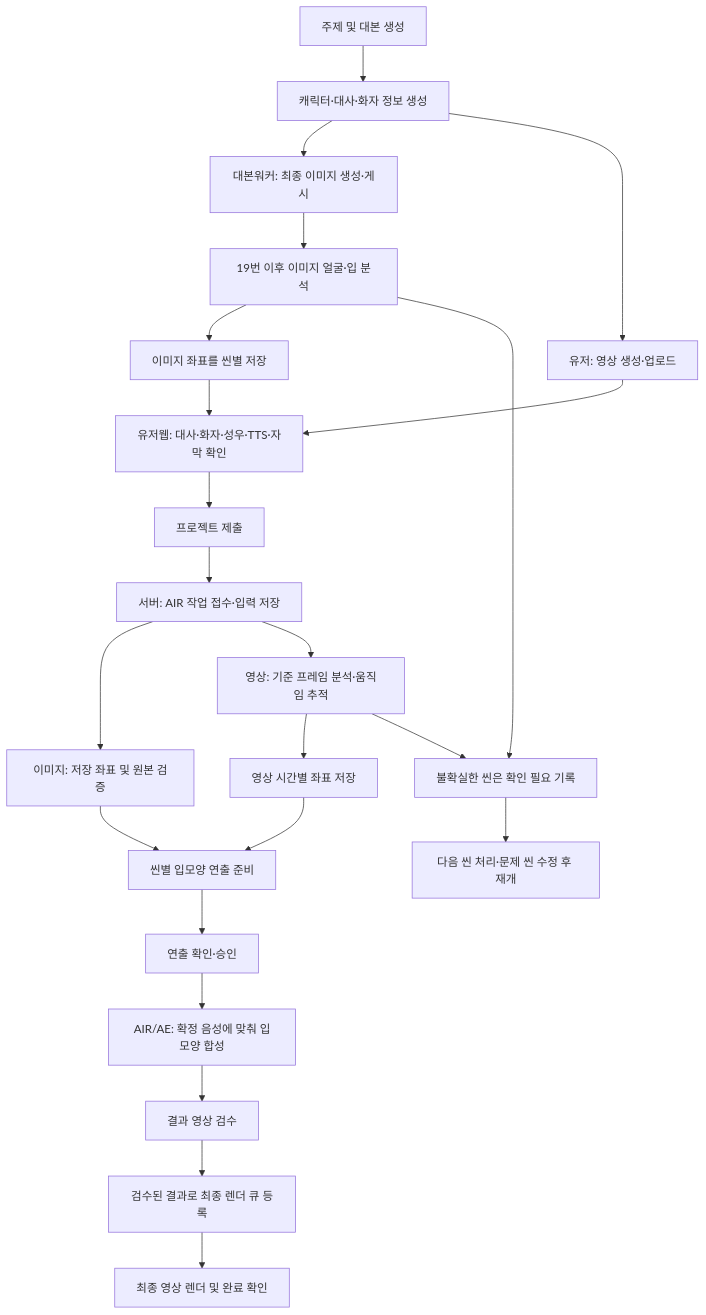
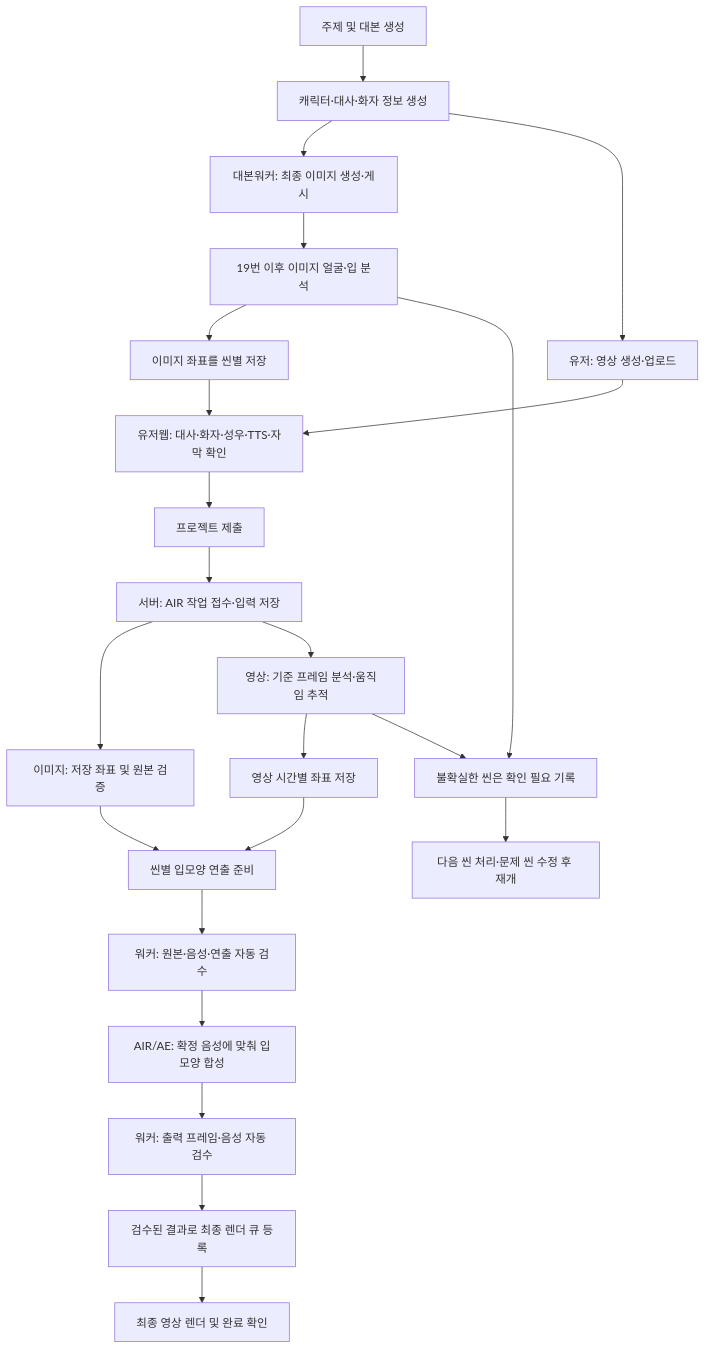
One commit to ibnetsoft/mytube changed the diagram in docs/AE_MOUTH_UNIFIED_WORKER_2026-10-09.md. Above: the diagram before and after it, drawn with Mermaid. The commit also changed other lines of this file and 15 other files, not shown here.

````diff
--- a/docs/AE_MOUTH_UNIFIED_WORKER_2026-10-09.md
+++ b/docs/AE_MOUTH_UNIFIED_WORKER_2026-10-09.md
@@ -25,25 +25,25 @@
 ```mermaid
 flowchart TD
     A[주제 및 대본 생성] --> B[캐릭터·대사·화자 정보 생성]
     B --> C[대본워커: 최종 이미지 생성·게시]
     C --> D[19번 이후 이미지 얼굴·입 분석]
     D --> E[이미지 좌표를 씬별 저장]
     B --> F[유저: 영상 생성·업로드]
     E --> G[유저웹: 대사·화자·성우·TTS·자막 확인]
     F --> G
     G --> H[프로젝트 제출]
     H --> I[서버: AIR 작업 접수·입력 저장]
     I --> J[이미지: 저장 좌표 및 원본 검증]
     I --> K[영상: 기준 프레임 분석·움직임 추적]
     K --> L[영상 시간별 좌표 저장]
     J --> M[씬별 입모양 연출 준비]
     L --> M
-    M --> N[연출 확인·승인]
+    M --> N[워커: 원본·음성·연출 자동 검수]
     N --> O[AIR/AE: 확정 음성에 맞춰 입모양 합성]
-    O --> P[결과 영상 검수]
+    O --> P[워커: 출력 프레임·음성 자동 검수]
     P --> Q[검수된 결과로 최종 렌더 큐 등록]
     Q --> R[최종 영상 렌더 및 완료 확인]
     D --> S[불확실한 씬은 확인 필요 기록]
     K --> S
     S --> T[다음 씬 처리·문제 씬 수정 후 재개]
 ```
````
